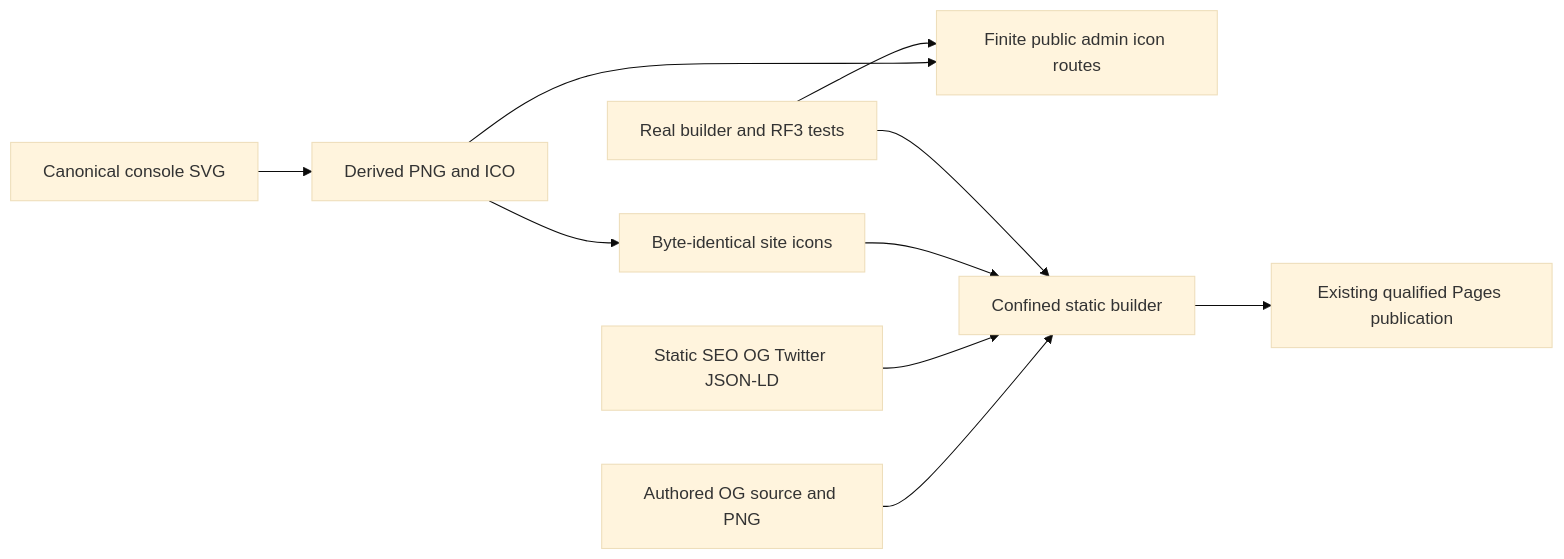
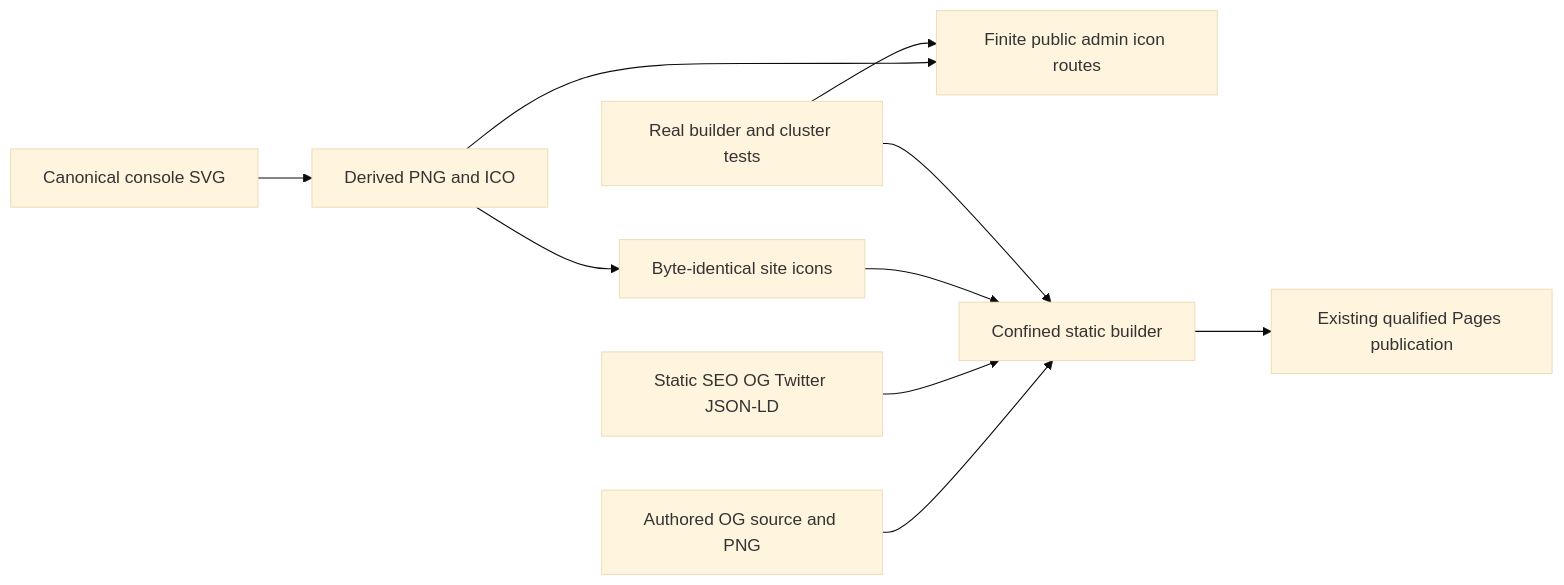
Before and after one commit to managedcode/KeyLoad: the diagram in docs/Features/BenchmarkComparisons/SiteMetadata.md, drawn with Mermaid (base theme). The commit also changed other lines of this file and 7356 other files, not shown here.

````diff
--- a/docs/Features/BenchmarkComparisons/SiteMetadata.md
+++ b/docs/Features/BenchmarkComparisons/SiteMetadata.md
@@ -50,12 +47,12 @@
 ```mermaid
 flowchart LR
     Logo[Canonical console SVG] --> Icons[Derived PNG and ICO]
     Icons --> Console[Finite public admin icon routes]
     Icons --> Mirror[Byte-identical site icons]
     Card[Authored OG source and PNG] --> Build[Confined static builder]
     Head[Static SEO OG Twitter JSON-LD] --> Build
     Mirror --> Build
     Build --> Pages[Existing qualified Pages publication]
-    Tests[Real builder and RF3 tests] --> Build
+    Tests[Real builder and cluster tests] --> Build
     Tests --> Console
 ```
````
